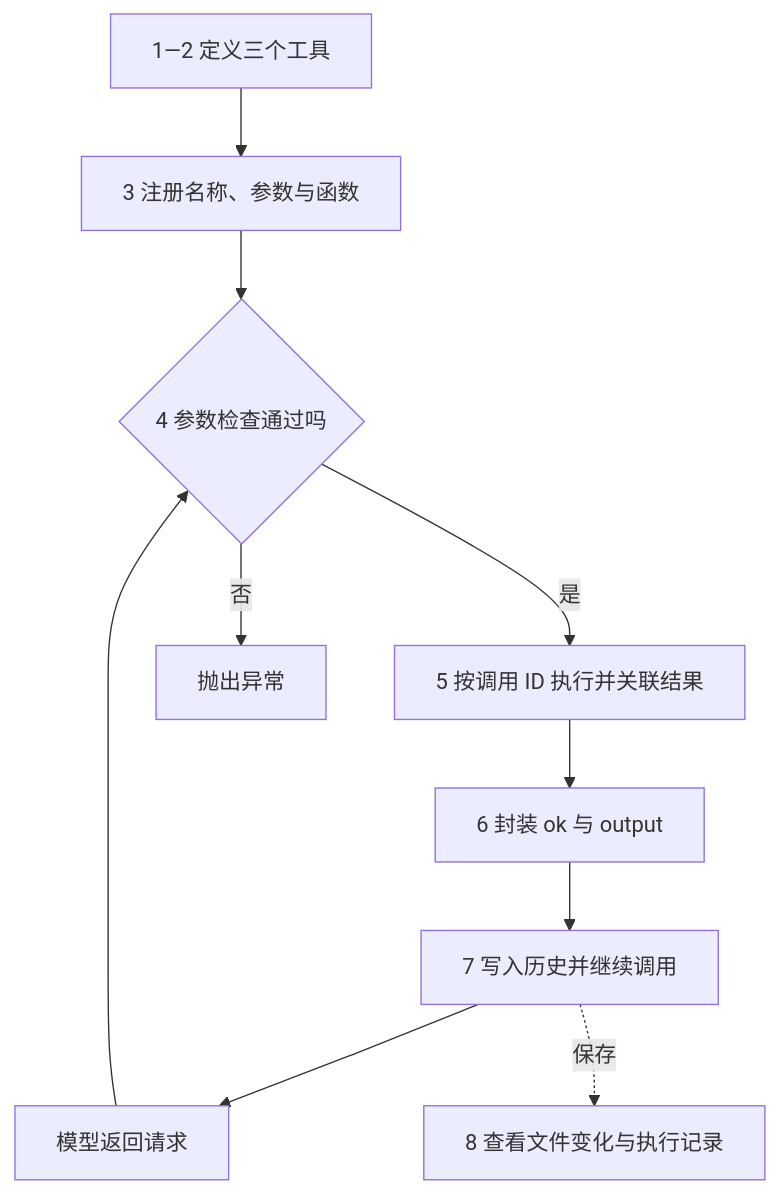
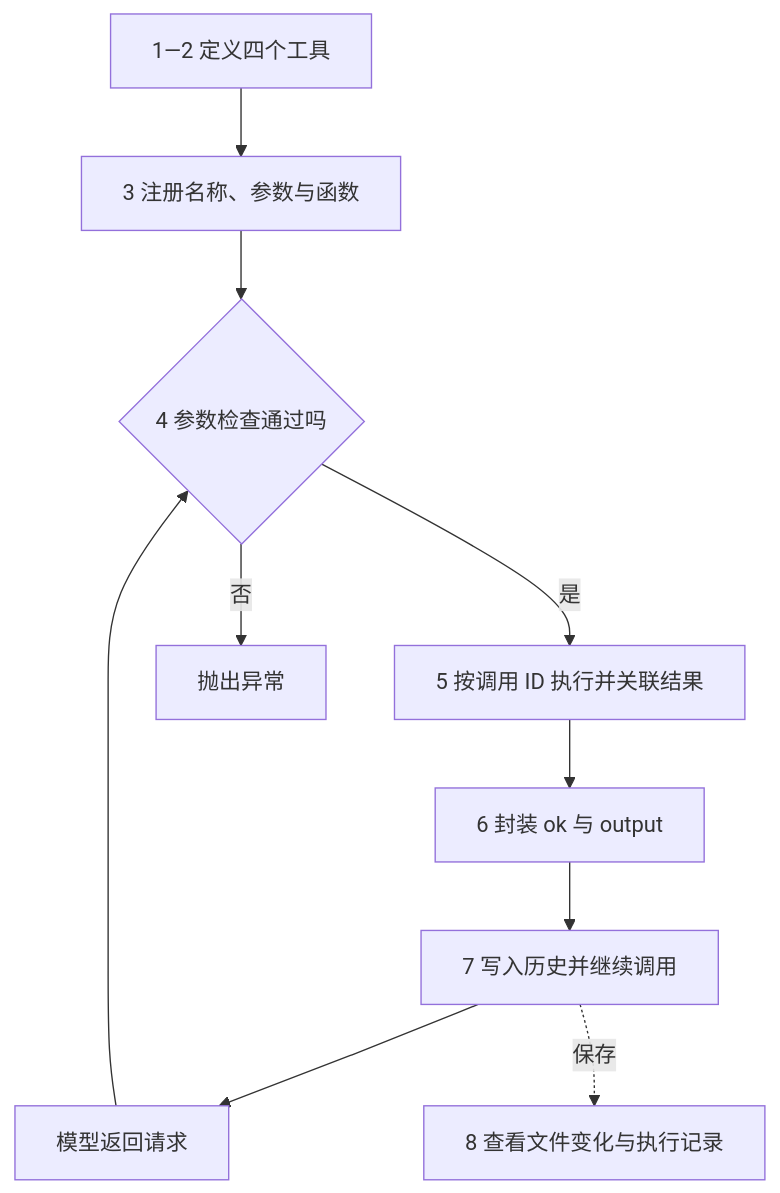
The first of 3 diagrams in 10-Knowledge/02 Agent Harness/03-agent-loop/02-tools-and-observations.md (HarryYangthu/TheBestAIGuide), drawn with Mermaid before and after one commit. The commit also changed other lines of this file and 341 other files, not shown here.

````diff
--- a/10-Knowledge/02 Agent Harness/03-agent-loop/02-tools-and-observations.md
+++ b/10-Knowledge/02 Agent Harness/03-agent-loop/02-tools-and-observations.md
@@ -13,12 +13,12 @@
 ```mermaid
 flowchart TD
-    A["1—2 定义三个工具"] --> B["3 注册名称、参数与函数"]
+    A["1—2 定义四个工具"] --> B["3 注册名称、参数与函数"]
     M["模型返回请求"] --> C{"4 参数检查通过吗"}
     B --> C
     C -->|是| D["5 按调用 ID 执行并关联结果"]
     C -->|否| X["抛出异常"]
     D --> E["6 封装 ok 与 output"]
     E --> H["7 写入历史并继续调用"]
     H --> M
     H -.保存.-> O["8 查看文件变化与执行记录"]
 ```
````
